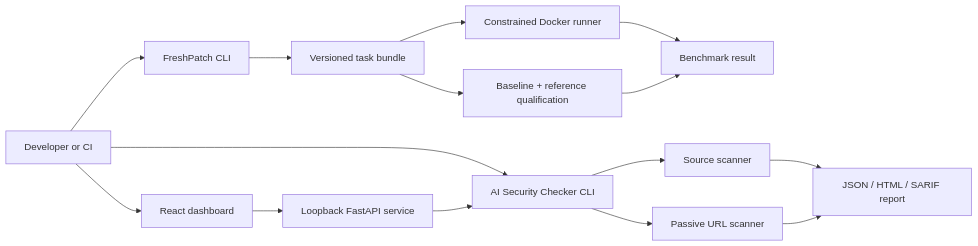
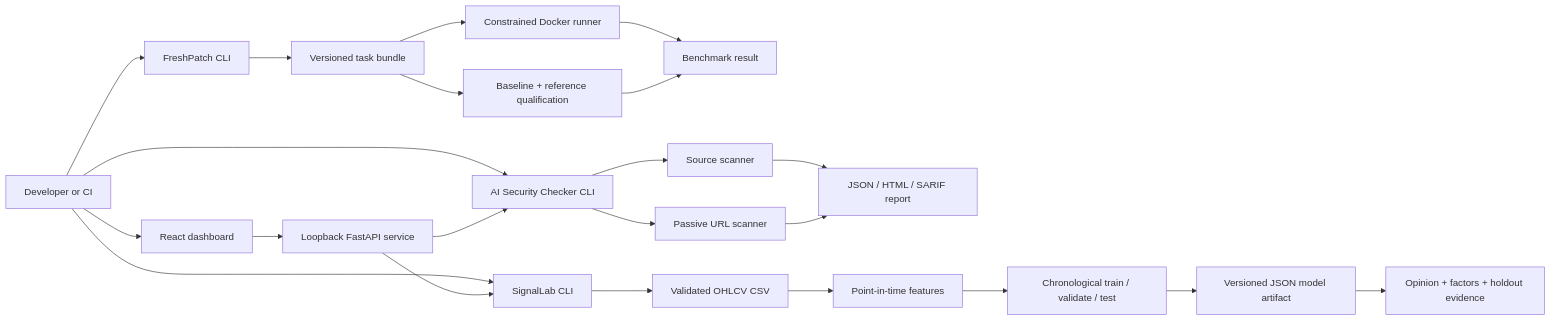
The diagram in docs/architecture.md (Nathan-Z01/patchwork-security-lab), drawn with Mermaid before and after one commit. The commit also changed other lines of this file and 47 other files, not shown here.

Commit message:
Add trainable SignalLab stock research model

````diff
--- a/docs/architecture.md
+++ b/docs/architecture.md
@@ -6,17 +6,24 @@
 ```mermaid
 flowchart LR
     U["Developer or CI"] --> FP["FreshPatch CLI"]
     U --> AS["AI Security Checker CLI"]
+    U --> SL["SignalLab CLI"]
     U --> UI["React dashboard"]
     UI --> API["Loopback FastAPI service"]
     API --> AS
+    API --> SL
     FP --> TB["Versioned task bundle"]
     TB --> SB["Constrained Docker runner"]
     SB --> BR["Benchmark result"]
     TB --> Q["Baseline + reference qualification"]
     Q --> BR
     AS --> SS["Source scanner"]
     AS --> US["Passive URL scanner"]
     SS --> RP["JSON / HTML / SARIF report"]
     US --> RP
+    SL --> CSV["Validated OHLCV CSV"]
+    CSV --> FE["Point-in-time features"]
+    FE --> TM["Chronological train / validate / test"]
+    TM --> MA["Versioned JSON model artifact"]
+    MA --> OP["Opinion + factors + holdout evidence"]
 ```
````
